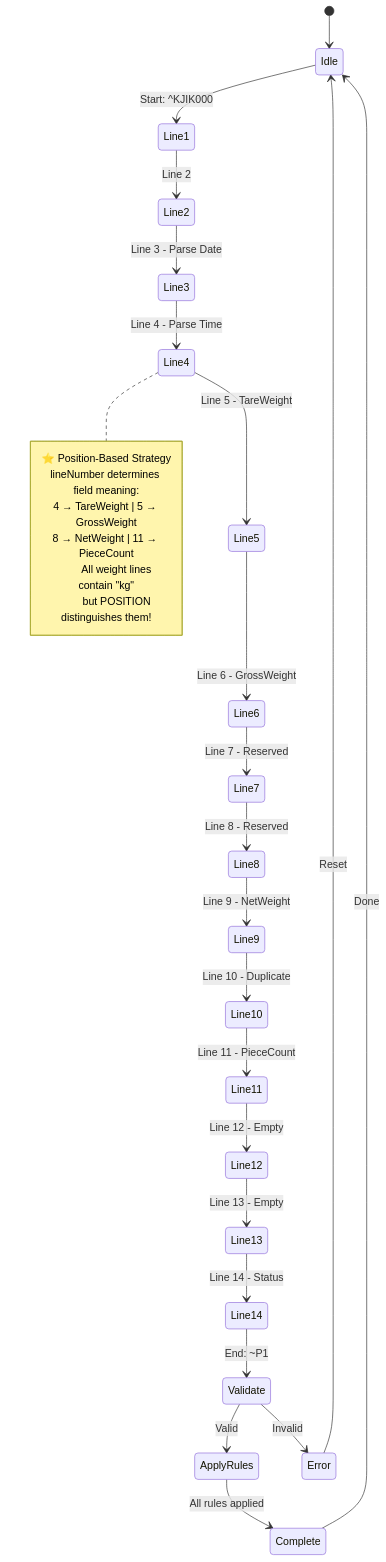
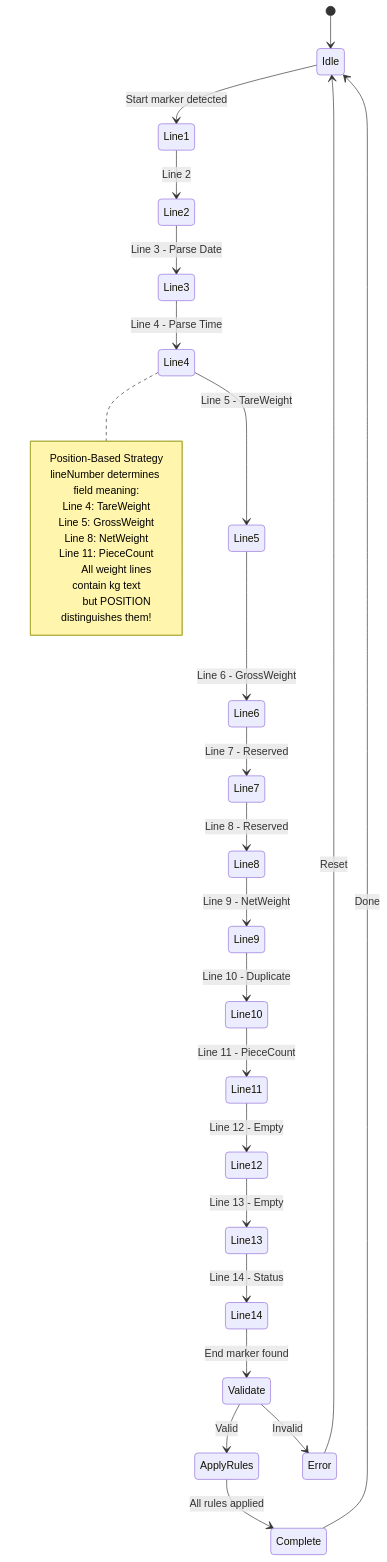
Before and after one commit to chumpon-asaneerat/NSerialCommTools: the seventh of 8 diagrams in Documents/ModernDesign/03-Parsing-Strategy-Analysis.md, drawn with Mermaid.

Commit message:
Update document #81

````diff
--- a/Documents/ModernDesign/03-Parsing-Strategy-Analysis.md
+++ b/Documents/ModernDesign/03-Parsing-Strategy-Analysis.md
@@ -1216,38 +1216,40 @@
 ```mermaid
 stateDiagram-v2
     [*] --> Idle
 
-    Idle --> Line1 : Start: ^KJIK000
+    Idle --> Line1 : Start marker detected
 
     Line1 --> Line2 : Line 2
     Line2 --> Line3 : Line 3 - Parse Date
     Line3 --> Line4 : Line 4 - Parse Time
     Line4 --> Line5 : Line 5 - TareWeight
     Line5 --> Line6 : Line 6 - GrossWeight
     Line6 --> Line7 : Line 7 - Reserved
     Line7 --> Line8 : Line 8 - Reserved
     Line8 --> Line9 : Line 9 - NetWeight
     Line9 --> Line10 : Line 10 - Duplicate
     Line10 --> Line11 : Line 11 - PieceCount
     Line11 --> Line12 : Line 12 - Empty
     Line12 --> Line13 : Line 13 - Empty
     Line13 --> Line14 : Line 14 - Status
-    Line14 --> Validate : End: ~P1
+    Line14 --> Validate : End marker found
 
     Validate --> ApplyRules : Valid
     ApplyRules --> Complete : All rules applied
     Complete --> Idle : Done
 
     Validate --> Error : Invalid
     Error --> Idle : Reset
 
     note right of Line4
-        ⭐ Position-Based Strategy
+        Position-Based Strategy
         lineNumber determines field meaning:
-        4 → TareWeight | 5 → GrossWeight
-        8 → NetWeight | 11 → PieceCount
+        Line 4: TareWeight
+        Line 5: GrossWeight
+        Line 8: NetWeight
+        Line 11: PieceCount
 
-        All weight lines contain "kg"
+        All weight lines contain kg text
         but POSITION distinguishes them!
     end note
 ```
````
